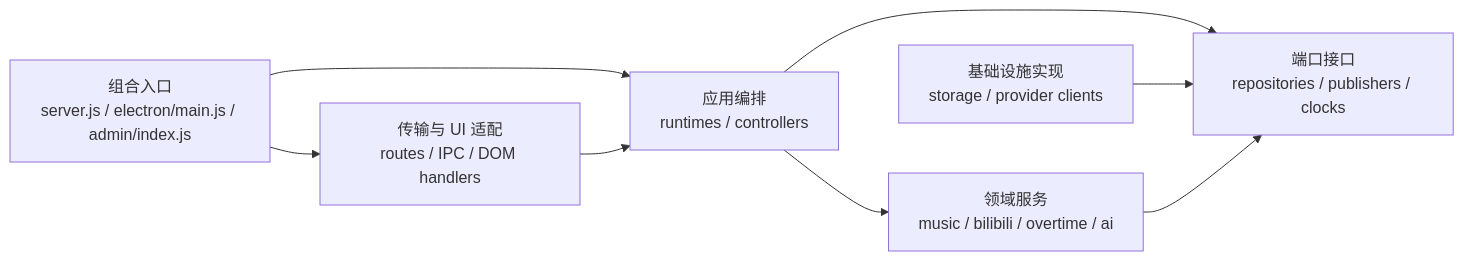
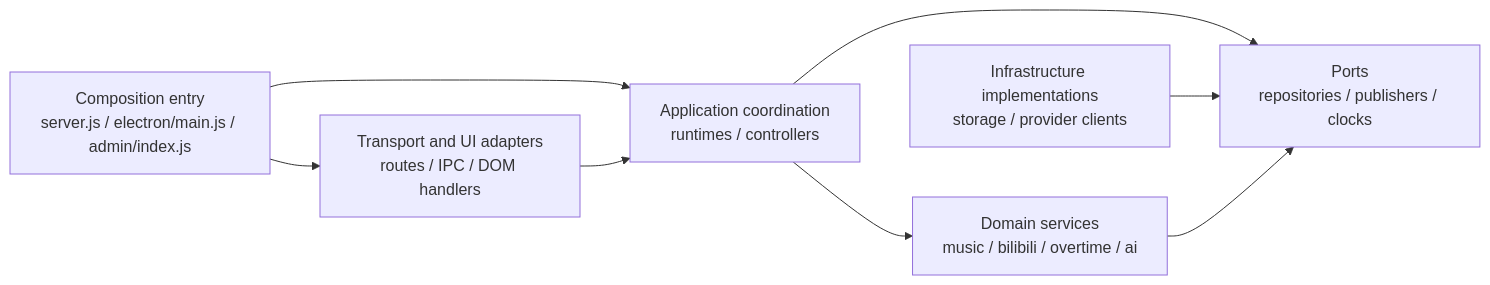
The diagram in docs/architecture/engineering/modularity-standard.md (AuroraWhisperer/LIRA), drawn with Mermaid before and after one commit. The commit also changed other lines of this file and 95 other files, not shown here.

````diff
--- a/docs/architecture/engineering/modularity-standard.md
+++ b/docs/architecture/engineering/modularity-standard.md
@@ -17,10 +27,10 @@
 ```mermaid
 flowchart LR
-  Entrypoint["组合入口\nserver.js / electron/main.js / admin/index.js"] --> Transport["传输与 UI 适配\nroutes / IPC / DOM handlers"]
-  Entrypoint --> Application["应用编排\nruntimes / controllers"]
+  Entrypoint["Composition entry\nserver.js / electron/main.js / admin/index.js"] --> Transport["Transport and UI adapters\nroutes / IPC / DOM handlers"]
+  Entrypoint --> Application["Application coordination\nruntimes / controllers"]
   Transport --> Application
-  Application --> Domain["领域服务\nmusic / bilibili / overtime / ai"]
-  Application --> Ports["端口接口\nrepositories / publishers / clocks"]
-  Storage["基础设施实现\nstorage / provider clients"] --> Ports
+  Application --> Domain["Domain services\nmusic / bilibili / overtime / ai"]
+  Application --> Ports["Ports\nrepositories / publishers / clocks"]
+  Storage["Infrastructure implementations\nstorage / provider clients"] --> Ports
   Domain --> Ports
 ```
````
